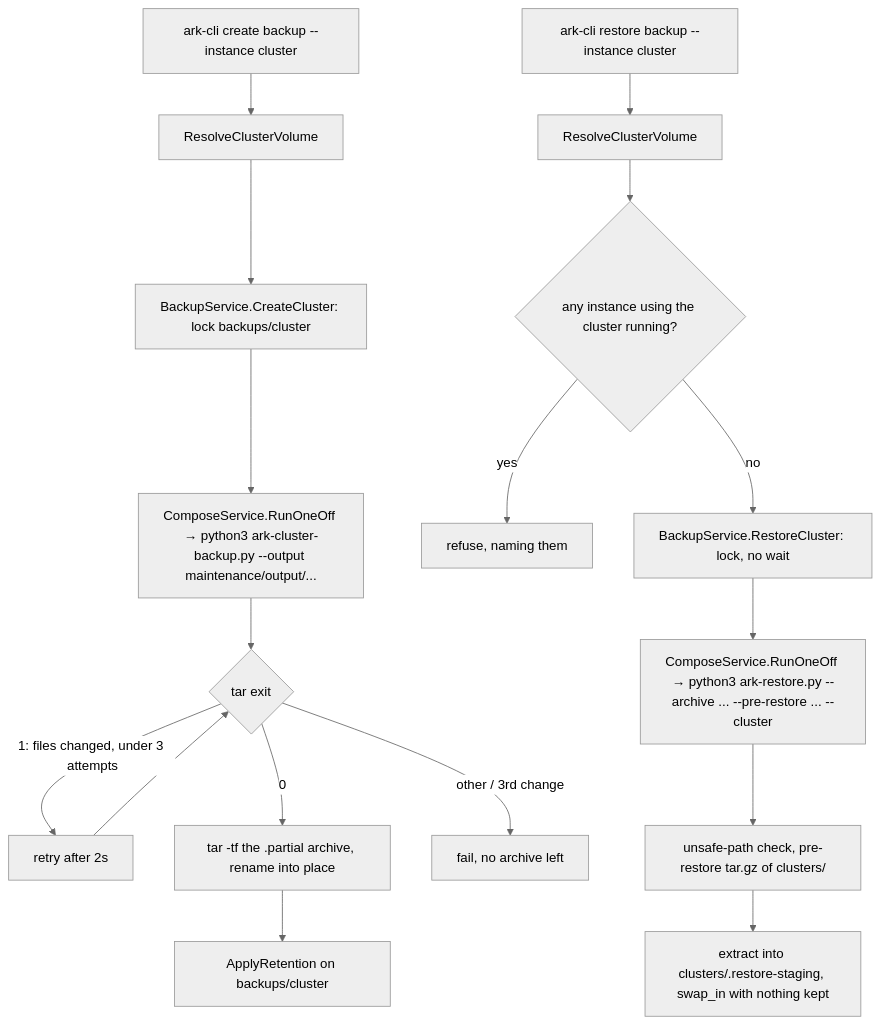
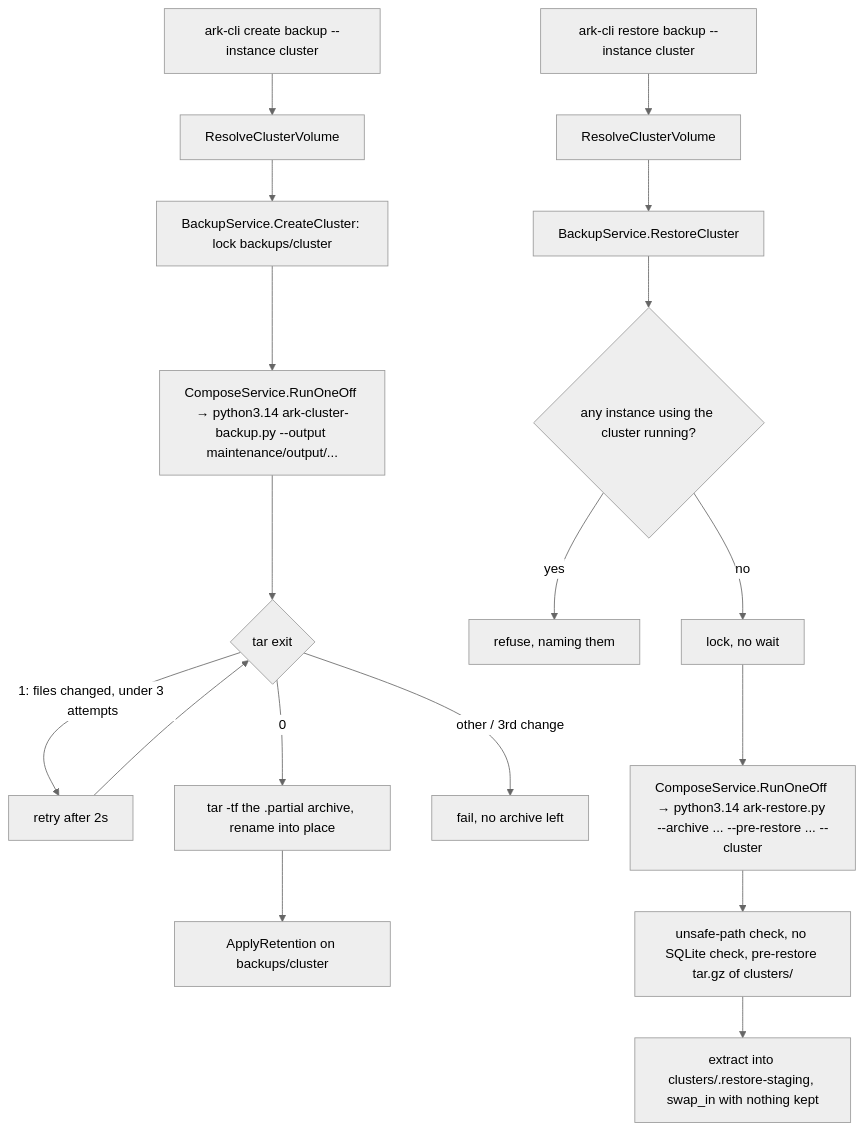
One commit to bryanwieg/arkascended-server changed the fourth of 12 diagrams in docs/dev/reference/runtime-call-graph.md. Above: the diagram before and after it, drawn with Mermaid (neutral theme). The commit also changed other lines of this file and 38 other files, not shown here.

````diff
--- a/docs/dev/reference/runtime-call-graph.md
+++ b/docs/dev/reference/runtime-call-graph.md
@@ -86,20 +104,21 @@
 ```mermaid
 flowchart TD
     A[ark-cli create backup --instance cluster] --> B[ResolveClusterVolume]
     B --> C[BackupService.CreateCluster: lock backups/cluster]
-    C --> D[ComposeService.RunOneOff → python3 ark-cluster-backup.py --output maintenance/output/...]
+    C --> D[ComposeService.RunOneOff → python3.14 ark-cluster-backup.py --output maintenance/output/...]
     D --> E{tar exit}
-    E -- 1: files changed, under 3 attempts --> D2[retry after 2s]
+    E -->|"1: files changed, under 3 attempts"| D2[retry after 2s]
     D2 --> E
-    E -- 0 --> F[tar -tf the .partial archive, rename into place]
-    E -- other / 3rd change --> X[fail, no archive left]
+    E -->|"0"| F[tar -tf the .partial archive, rename into place]
+    E -->|"other / 3rd change"| X[fail, no archive left]
     F --> G[ApplyRetention on backups/cluster]
 
     R[ark-cli restore backup --instance cluster] --> S[ResolveClusterVolume]
-    S --> T{any instance using the cluster running?}
-    T -- yes --> U[refuse, naming them]
-    T -- no --> V[BackupService.RestoreCluster: lock, no wait]
-    V --> W[ComposeService.RunOneOff → python3 ark-restore.py --archive ... --pre-restore ... --cluster]
-    W --> Y[unsafe-path check, pre-restore tar.gz of clusters/]
+    S --> V[BackupService.RestoreCluster]
+    V --> T{any instance using the cluster running?}
+    T -->|"yes"| U[refuse, naming them]
+    T -->|"no"| V2[lock, no wait]
+    V2 --> W[ComposeService.RunOneOff → python3.14 ark-restore.py --archive ... --pre-restore ... --cluster]
+    W --> Y[unsafe-path check, no SQLite check, pre-restore tar.gz of clusters/]
     Y --> Z[extract into clusters/.restore-staging, swap_in with nothing kept]
 ```
````
